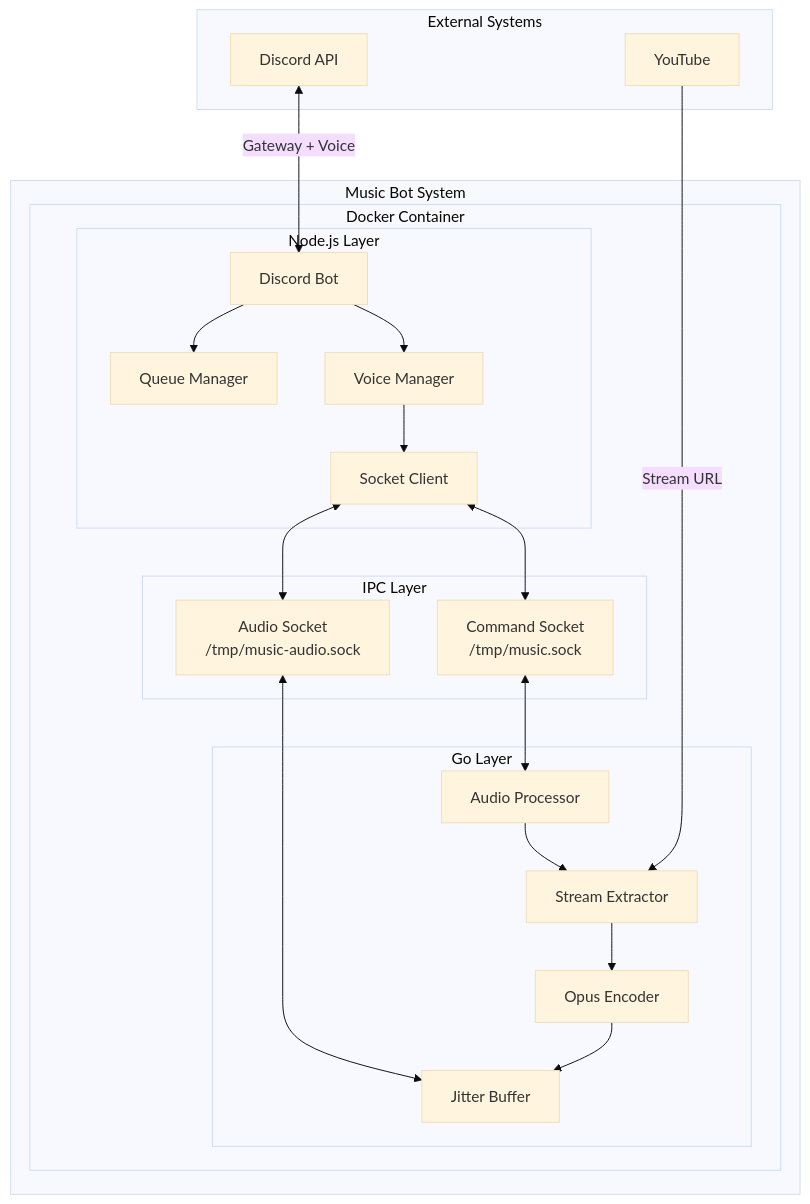
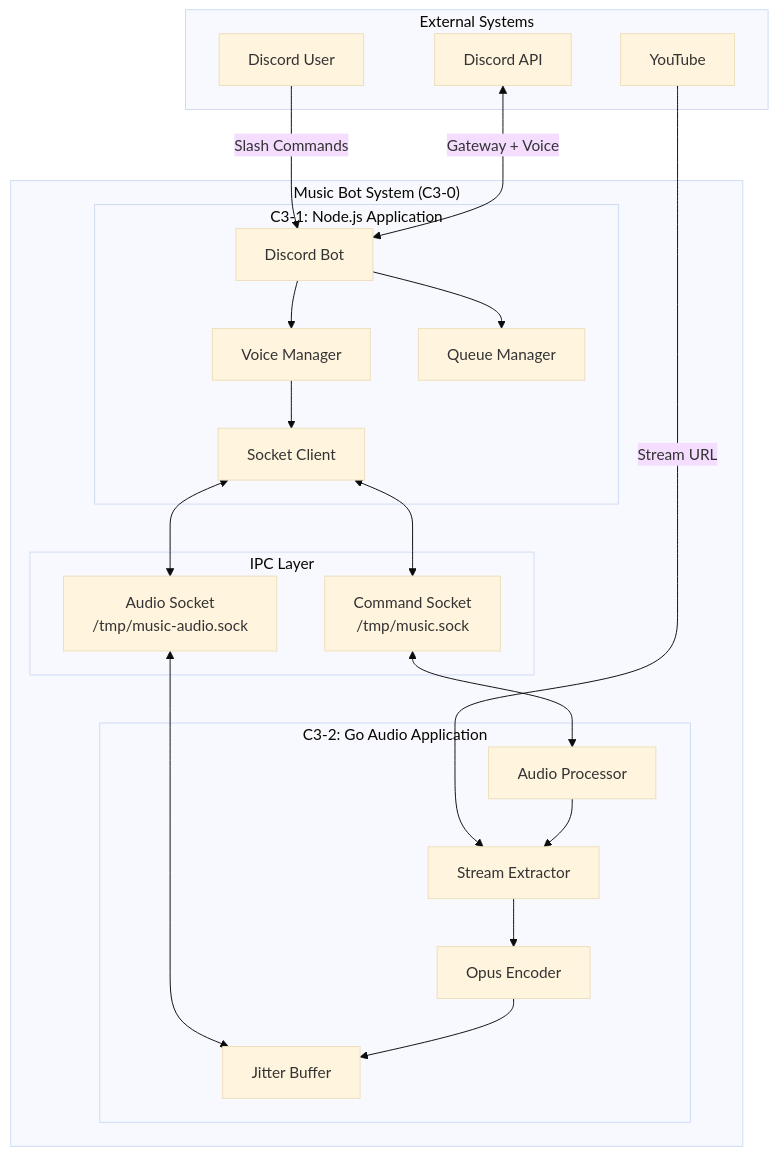
Before and after one commit to thewind121212/natashi: the diagram in .c3/README.md, drawn with Mermaid (base theme). The commit also changed other lines of this file and 992 other files, not shown here.

````diff
--- a/.c3/README.md
+++ b/.c3/README.md
@@ -7,47 +7,47 @@
 ```mermaid
 flowchart TB
     subgraph External["External Systems"]
         DISCORD[Discord API]
         YOUTUBE[YouTube]
+        USER[Discord User]
     end
 
-    subgraph System["Music Bot System"]
-        subgraph Container["Docker Container"]
-            subgraph NodeJS["Node.js Layer"]
-                BOT[Discord Bot]
-                VOICE[Voice Manager]
-                QUEUE[Queue Manager]
-                SOCKET_C[Socket Client]
-            end
+    subgraph System["Music Bot System (C3-0)"]
+        subgraph C3_1["C3-1: Node.js Application"]
+            BOT[Discord Bot]
+            VOICE[Voice Manager]
+            QUEUE[Queue Manager]
+            SOCKET_C[Socket Client]
+        end
 
-            subgraph IPC["IPC Layer"]
-                CMD_SOCK[Command Socket<br/>/tmp/music.sock]
-                AUDIO_SOCK[Audio Socket<br/>/tmp/music-audio.sock]
-            end
+        subgraph IPC["IPC Layer"]
+            CMD_SOCK[Command Socket<br/>/tmp/music.sock]
+            AUDIO_SOCK[Audio Socket<br/>/tmp/music-audio.sock]
+        end
 
-            subgraph Go["Go Layer"]
-                PROCESSOR[Audio Processor]
-                EXTRACTOR[Stream Extractor]
-                ENCODER[Opus Encoder]
-                BUFFER[Jitter Buffer]
-            end
+        subgraph C3_2["C3-2: Go Audio Application"]
+            PROCESSOR[Audio Processor]
+            EXTRACTOR[Stream Extractor]
+            ENCODER[Opus Encoder]
+            BUFFER[Jitter Buffer]
         end
     end
 
+    USER -->|Slash Commands| BOT
     DISCORD <-->|Gateway + Voice| BOT
     YOUTUBE -->|Stream URL| EXTRACTOR
 
     BOT --> VOICE
     BOT --> QUEUE
     VOICE --> SOCKET_C
 
     SOCKET_C <--> CMD_SOCK
     SOCKET_C <--> AUDIO_SOCK
 
     CMD_SOCK <--> PROCESSOR
     AUDIO_SOCK <--> BUFFER
 
     PROCESSOR --> EXTRACTOR
     EXTRACTOR --> ENCODER
     ENCODER --> BUFFER
 ```
````
